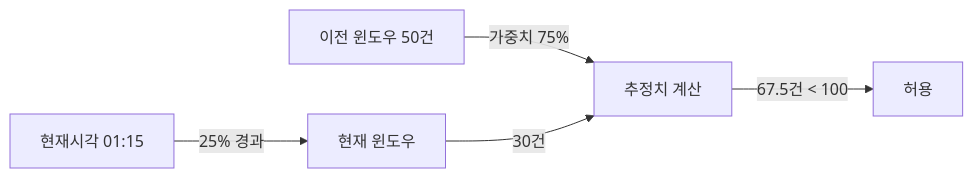
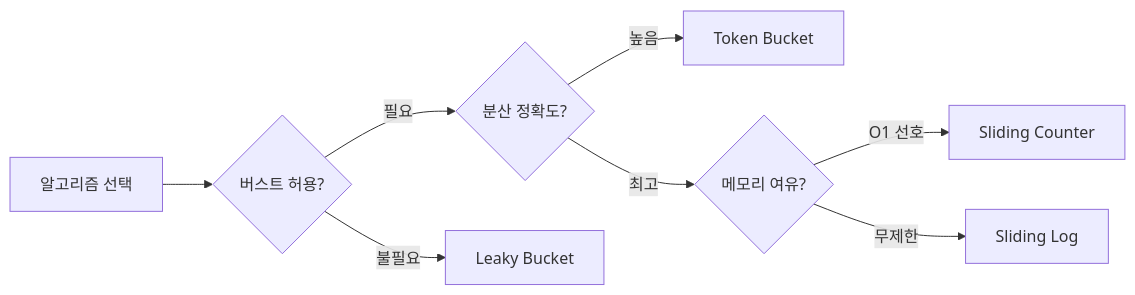
The first of 3 diagrams in _posts/systemdesign/2026-05-02-system-design-rate-limiter.md (yjkim2015/yjkim2015.github.io), drawn with Mermaid before and after one commit. The commit also changed other lines of this file and 4 other files, not shown here.

````diff
--- a/_posts/systemdesign/2026-05-02-system-design-rate-limiter.md
+++ b/_posts/systemdesign/2026-05-02-system-design-rate-limiter.md
@@ -420,7 +579,10 @@
 ```mermaid
 graph LR
-    A[현재시각 01:15] -->|25% 경과| B[현재 윈도우]
-    C[이전 윈도우 50건] -->|가중치 75%| D[추정치 계산]
-    B -->|30건| D
-    D -->|67.5건 < 100| E[허용]
+    A[알고리즘 선택] --> B{버스트 허용?}
+    B -->|필요| C{분산 정확도?}
+    B -->|불필요| D[Leaky Bucket]
+    C -->|높음| E[Token Bucket]
+    C -->|최고| F{메모리 여유?}
+    F -->|O1 선호| G[Sliding Counter]
+    F -->|무제한| H[Sliding Log]
 ```
````
